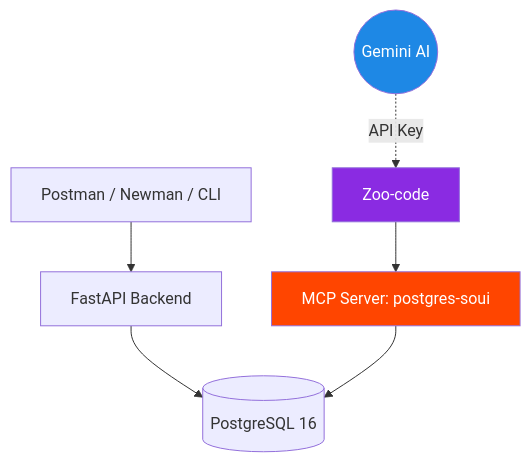
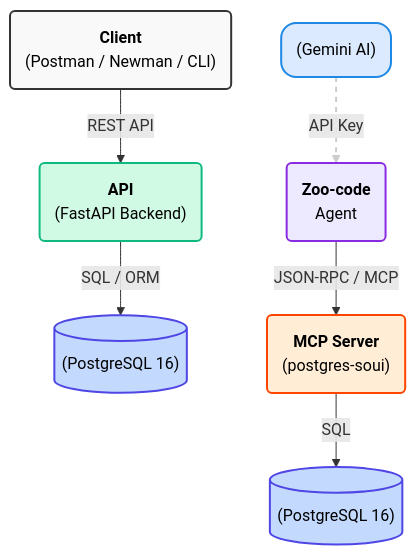
One commit to stasmeh/soui-qa-automation-hub changed the diagram in README.md. Above: the diagram before and after it, drawn with Mermaid. The commit also changed other lines of this file, not shown here.

Commit message:
Added Checklist

````diff
--- a/README.md
+++ b/README.md
@@ -20,13 +20,31 @@
 ```mermaid
 graph TD
-    Client[Postman / Newman / CLI] --> API[FastAPI Backend]
-    API --> DB[(PostgreSQL 16)]
+    %% Определение узлов с использованием HTML-тегов для стилизации текста
+    Client("<b>Client</b><br/>(Postman / Newman / CLI)")
+    API("<b>API</b><br/>(FastAPI Backend)")
+    DB1[("(PostgreSQL 16)")]
+    DB2[("(PostgreSQL 16)")]
+    LLM("(Gemini AI)")
+    Agent("<b>Zoo-code</b><br/>Agent")
+    MCP("<b>MCP Server</b><br/>(postgres-soui)")
+
+    %% Определение связей
+    Client -->|REST API| API
+    API -->|SQL / ORM| DB1
     
-    LLM((Gemini AI)) -. API Key .-> Agent[Zoo-code]
-    Agent --> MCP[MCP Server: postgres-soui]
-    MCP --> DB
+    LLM -.->|API Key| Agent
+    Agent -->|JSON-RPC / MCP| MCP
+    MCP -->|SQL| DB2
+
+    %% Стилизация узлов и стрелок
+    linkStyle 2 stroke:#ccc,stroke-width:2px,stroke-dasharray: 5 5;
     
-    style Agent fill:#8A2BE2,color:#fff
-    style LLM fill:#1E88E5,color:#fff
-    style MCP fill:#FF4500,color:#fff
+    style Client fill:#f9f9f9,stroke:#333,stroke-width:2px,color:black
+    style API fill:#D1FAE5,stroke:#10B981,stroke-width:2px,color:black,stroke-radius: 5px
+    style DB1 fill:#C3DAFE,stroke:#4F46E5,stroke-width:2px,color:black
+    style DB2 fill:#C3DAFE,stroke:#4F46E5,stroke-width:2px,color:black
+    
+    style LLM fill:#DBEAFE,stroke:#1E88E5,stroke-width:2px,rx:15,ry:15,color:black
+    style Agent fill:#EDE9FE,stroke:#8A2BE2,stroke-width:2px,color:black
+    style MCP fill:#FFEDD5,stroke:#FF4500,stroke-width:2px,color:black
 ```
````
